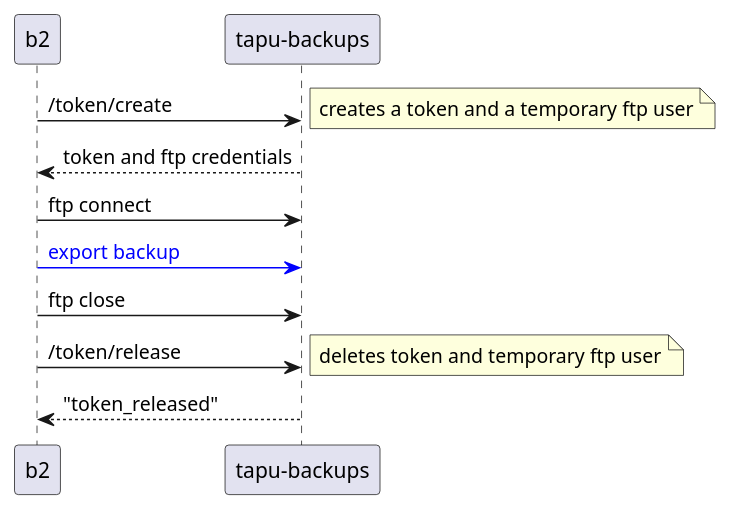
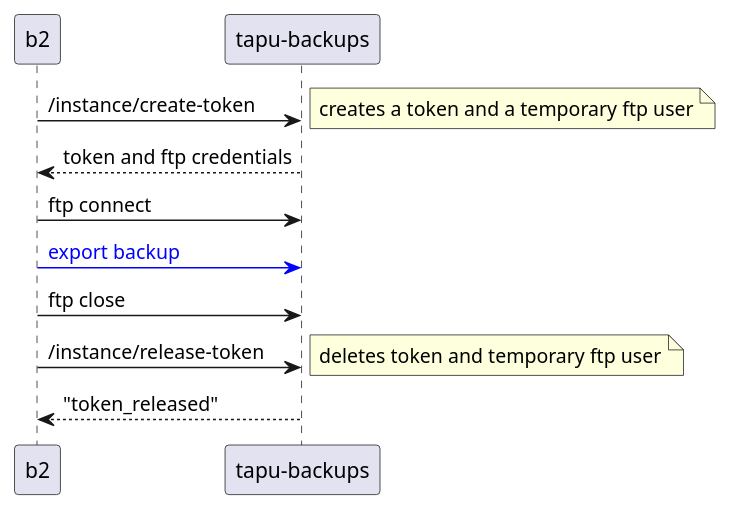
Before and after one commit to lucaslaurent04/aru: the diagram in doc/uml/backup-export.puml, drawn with PlantUML. The commit also changed 3 other files, not shown here.

Commit message:
fix endpoint to create/release token in doc

```diff
--- a/doc/uml/backup-export.puml
+++ b/doc/uml/backup-export.puml
@@ -1,19 +1,19 @@
 @startuml backup-export
 
-b2 -> "tapu-backups": /token/create
+b2 -> "tapu-backups": /instance/create-token
 note right: creates a token and a temporary ftp user
 
 "tapu-backups" --> b2: token and ftp credentials
 
 b2 -> "tapu-backups": ftp connect
 
 b2 -[#blue]> "tapu-backups": <font color="blue">export backup</font>
 
 b2 -> "tapu-backups": ftp close
 
-b2 -> "tapu-backups": /token/release
+b2 -> "tapu-backups": /instance/release-token
 note right: deletes token and temporary ftp user
 
 "tapu-backups" --> b2: "token_released"
 
 @enduml
```
